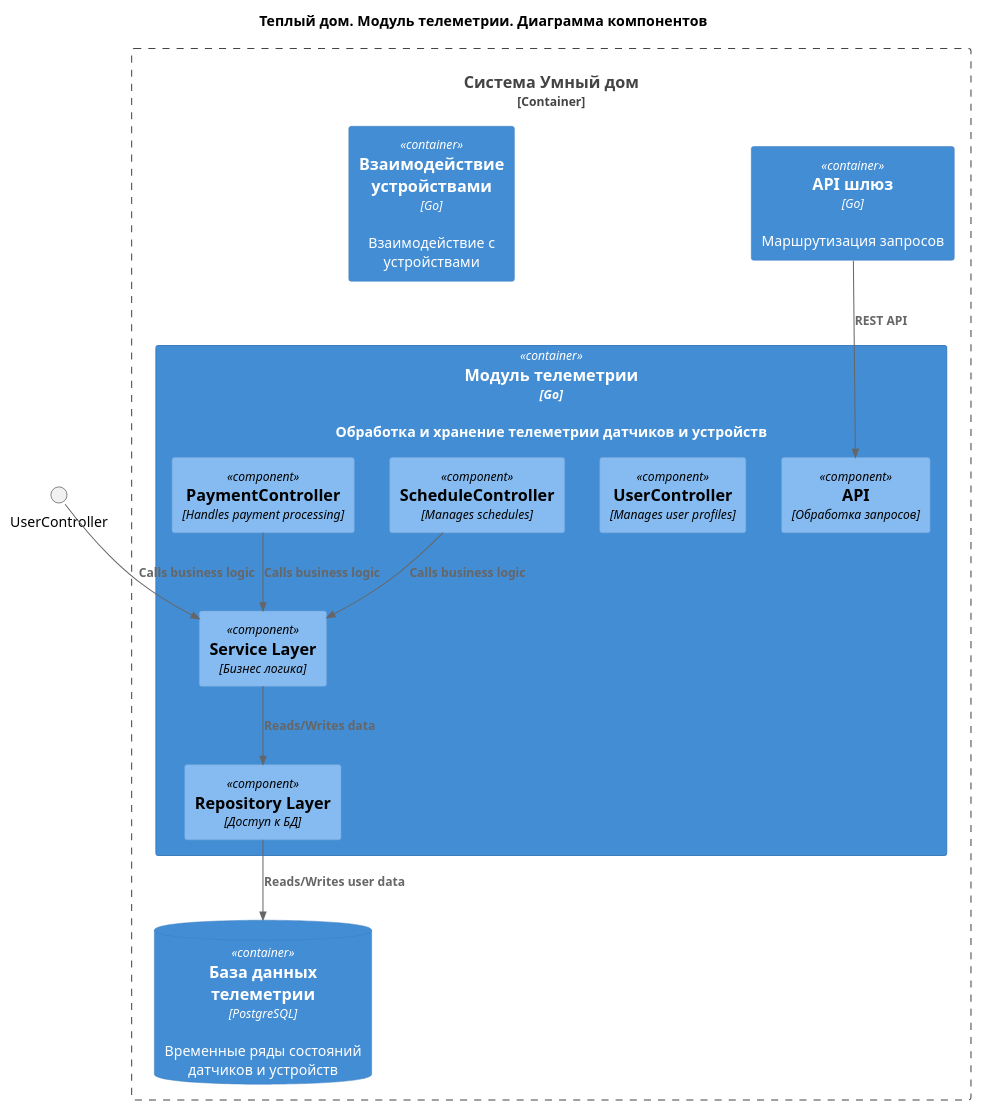
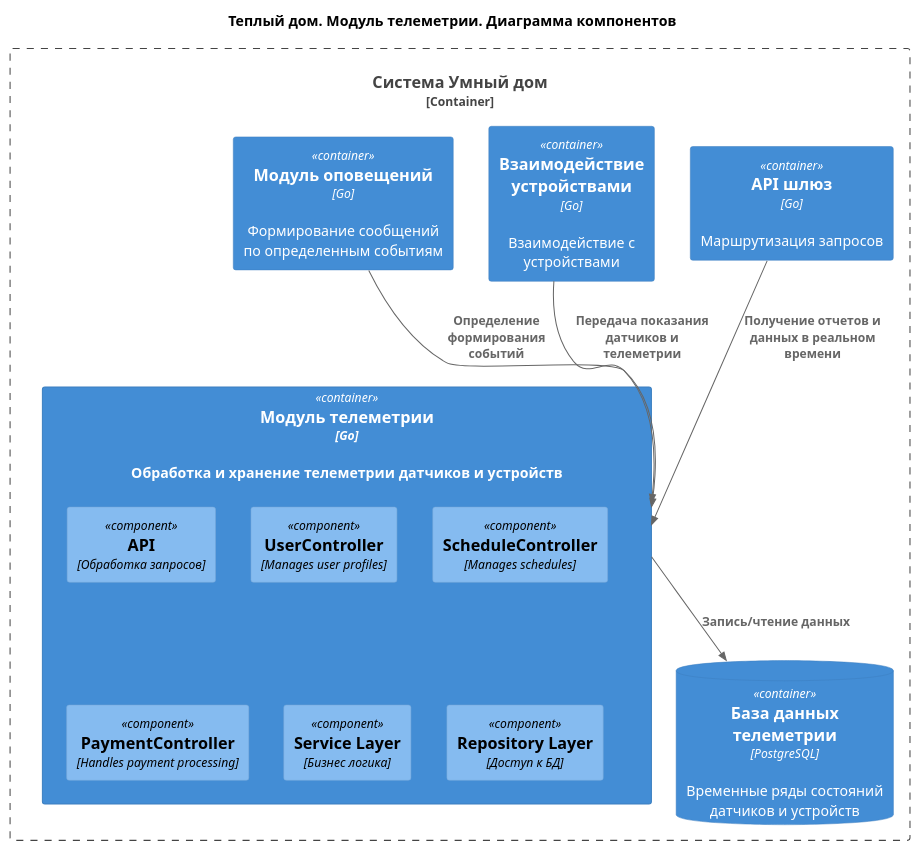
The diagram in diagrams/C4.Component.Telemetry.puml (binaril/architecture-warmhouse), drawn with PlantUML before and after one commit. The commit also changed 13 other files, not shown here.

Commit message:
шаблоны схем компонентов контейнеров

```diff
--- a/diagrams/C4.Component.Telemetry.puml
+++ b/diagrams/C4.Component.Telemetry.puml
@@ -1,31 +1,30 @@
 @startuml
 title Теплый дом. Модуль телеметрии. Диаграмма компонентов
 
 top to bottom direction
 
 !includeurl https://raw.githubusercontent.com/RicardoNiepel/C4-PlantUML/master/C4_Component.puml
 
 
 Container_Boundary(SmartHouse, "Система Умный дом") {
   Container(GateWay, "API шлюз", "Go", "Маршрутизация запросов")
   Container(DeviceControl, "Взаимодействие устройствами", "Go", "Взаимодействие с устройствами")
   Container(Telemetry, "Модуль телеметрии", "Go", "Обработка и хранение телеметрии датчиков и устройств")
   ContainerDb(TelemetryDatabase, "База данных телеметрии", "PostgreSQL", "Временные ряды состояний датчиков и устройств")
+  Container(Notification, "Модуль оповещений", "Go", "Формирование сообщений по определенным событиям")
 }
 
 Container(Telemetry, "Модуль телеметрии", "Go") {
   Component(ApiHandler, "API", "Обработка запросов")
   Component(PollingCircle, "UserController", "Manages user profiles")
   Component(ScheduleController, "ScheduleController", "Manages schedules")
   Component(PaymentController, "PaymentController", "Handles payment processing")
   Component(Aggragator, "Service Layer", "Бизнес логика")
   Component(RepositoryLayer, "Repository Layer", "Доступ к БД")
 }
 
-Rel(GateWay,ApiHandler,"REST API")
-Rel(UserController,Aggragator,"Calls business logic")
-Rel(ScheduleController,Aggragator,"Calls business logic")
-Rel(PaymentController,Aggragator,"Calls business logic")
-Rel(Aggragator,RepositoryLayer,"Reads/Writes data")
-Rel(RepositoryLayer,TelemetryDatabase,"Reads/Writes user data")
+Rel(GateWay, Telemetry, "Получение отчетов и данных в реальном времени")
+Rel(Telemetry,TelemetryDatabase,"Запись/чтение данных")
+Rel(Notification, Telemetry, "Определение формирования событий")
+Rel(DeviceControl, Telemetry, "Передача показания датчиков и телеметрии")
 @enduml
```
